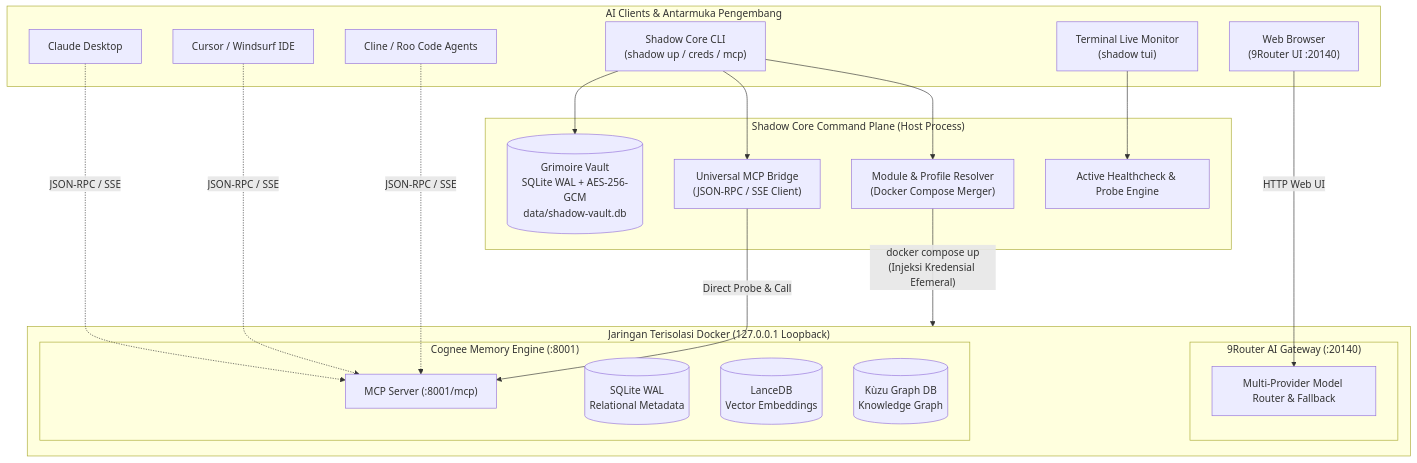
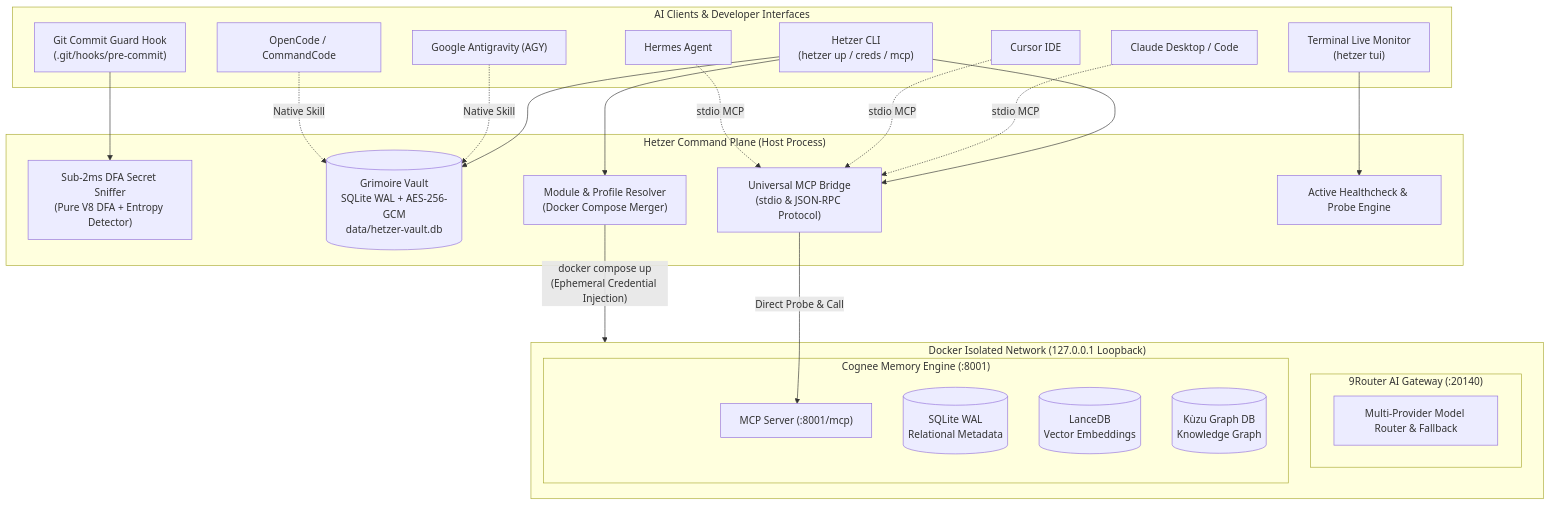
One commit to agunggnn/shadow-core changed the diagram in README.md. Above: the diagram before and after it, drawn with Mermaid. The commit also changed other lines of this file and 75 other files, not shown here.

Commit message:
feat(rebrand): complete migration from shadow to hetzer without legacy compatibility

````diff
--- a/README.md
+++ b/README.md
@@ -101,43 +100,48 @@
 ```mermaid
 flowchart TB
-    subgraph Clients["AI Clients & Antarmuka Pengembang"]
-        CLI["Shadow Core CLI\n(shadow up / creds / mcp)"]
-        TUI["Terminal Live Monitor\n(shadow tui)"]
-        Claude["Claude Desktop"]
-        Cursor["Cursor / Windsurf IDE"]
-        Cline["Cline / Roo Code Agents"]
-        Browser["Web Browser\n(9Router UI :20140)"]
+    subgraph Clients["AI Clients & Developer Interfaces"]
+        CLI["Hetzer CLI\n(hetzer up / creds / mcp)"]
+        TUI["Terminal Live Monitor\n(hetzer tui)"]
+        Claude["Claude Desktop / Code"]
+        Cursor["Cursor IDE"]
+        Hermes["Hermes Agent"]
+        AGY["Google Antigravity (AGY)"]
+        OpenCode["OpenCode / CommandCode"]
+        GitCommit["Git Commit Guard Hook\n(.git/hooks/pre-commit)"]
     end
 
-    subgraph HostPlane["Shadow Core Command Plane (Host Process)"]
-        GrimoireVault[("Grimoire Vault\nSQLite WAL + AES-256-GCM\ndata/shadow-vault.db")]
-        MCPBridge["Universal MCP Bridge\n(JSON-RPC / SSE Client)"]
+    subgraph HostPlane["Hetzer Command Plane (Host Process)"]
+        SecretSniffer["Sub-2ms DFA Secret Sniffer\n(Pure V8 DFA + Entropy Detector)"]
+        GrimoireVault[("Grimoire Vault\nSQLite WAL + AES-256-GCM\ndata/hetzer-vault.db")]
+        MCPBridge["Universal MCP Bridge\n(stdio & JSON-RPC Protocol)"]
         ModuleResolver["Module & Profile Resolver\n(Docker Compose Merger)"]
         HealthVerifier["Active Healthcheck & Probe Engine"]
     end
 
-    subgraph DockerPlane["Jaringan Terisolasi Docker (127.0.0.1 Loopback)"]
+    subgraph DockerPlane["Docker Isolated Network (127.0.0.1 Loopback)"]
         subgraph NineRouter["9Router AI Gateway (:20140)"]
             RouterProxy["Multi-Provider Model Router & Fallback"]
         end
 
         subgraph CogneeSvc["Cognee Memory Engine (:8001)"]
             MCPEndpoint["MCP Server (:8001/mcp)"]
             RelationalDB[("SQLite WAL\nRelational Metadata")]
             VectorDB[("LanceDB\nVector Embeddings")]
             GraphDB[("Kùzu Graph DB\nKnowledge Graph")]
         end
     end
 
     CLI --> GrimoireVault
     CLI --> ModuleResolver
     CLI --> MCPBridge
+    GitCommit --> SecretSniffer
     TUI --> HealthVerifier
-    Claude -.->|"JSON-RPC / SSE"| MCPEndpoint
-    Cursor -.->|"JSON-RPC / SSE"| MCPEndpoint
-    Cline -.->|"JSON-RPC / SSE"| MCPEndpoint
-    Browser -->|"HTTP Web UI"| RouterProxy
+    Claude -.->|"stdio MCP"| MCPBridge
+    Cursor -.->|"stdio MCP"| MCPBridge
+    Hermes -.->|"stdio MCP"| MCPBridge
+    AGY -.->|"Native Skill"| GrimoireVault
+    OpenCode -.->|"Native Skill"| GrimoireVault
 
-    ModuleResolver -->|"docker compose up\n(Injeksi Kredensial Efemeral)"| DockerPlane
+    ModuleResolver -->|"docker compose up\n(Ephemeral Credential Injection)"| DockerPlane
     MCPBridge -->|"Direct Probe & Call"| MCPEndpoint
 ```
````
